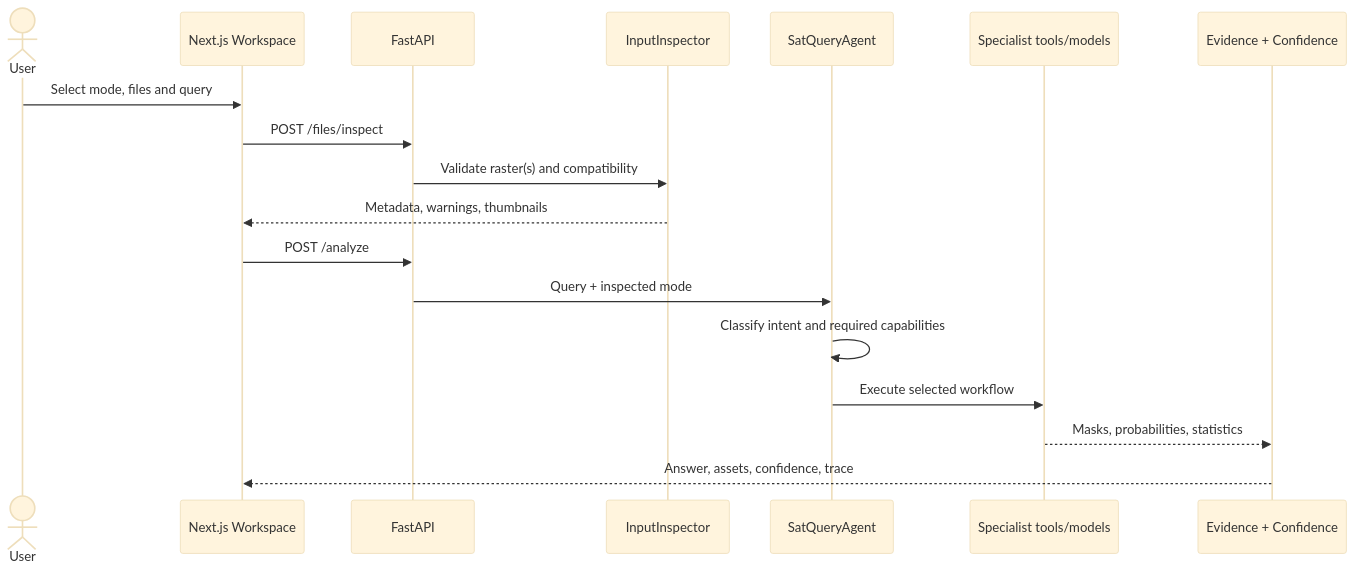
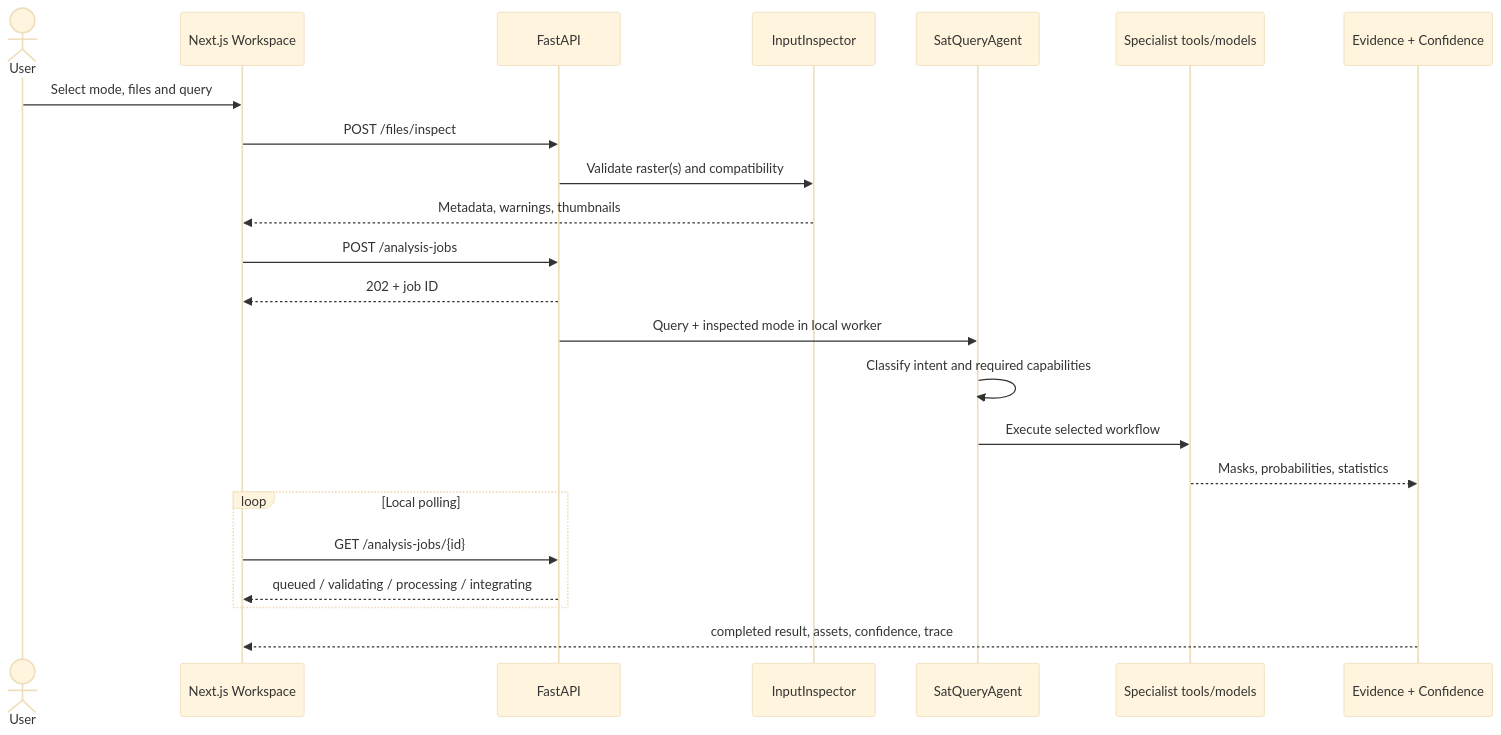
Before and after one commit to samsonjayaraju/SatQuery_AI: the first of 2 diagrams in docs/architecture.md, drawn with Mermaid (base theme). The commit also changed other lines of this file and 42 other files, not shown here.

````diff
--- a/docs/architecture.md
+++ b/docs/architecture.md
@@ -7,20 +7,25 @@
 ```mermaid
 sequenceDiagram
     actor User
     participant Web as Next.js Workspace
     participant API as FastAPI
     participant Inspector as InputInspector
     participant Agent as SatQueryAgent
     participant Specialists as Specialist tools/models
     participant Evidence as Evidence + Confidence
     User->>Web: Select mode, files and query
     Web->>API: POST /files/inspect
     API->>Inspector: Validate raster(s) and compatibility
     Inspector-->>Web: Metadata, warnings, thumbnails
-    Web->>API: POST /analyze
-    API->>Agent: Query + inspected mode
+    Web->>API: POST /analysis-jobs
+    API-->>Web: 202 + job ID
+    API->>Agent: Query + inspected mode in local worker
     Agent->>Agent: Classify intent and required capabilities
     Agent->>Specialists: Execute selected workflow
     Specialists-->>Evidence: Masks, probabilities, statistics
-    Evidence-->>Web: Answer, assets, confidence, trace
+    loop Local polling
+        Web->>API: GET /analysis-jobs/{id}
+        API-->>Web: queued / validating / processing / integrating
+    end
+    Evidence-->>Web: completed result, assets, confidence, trace
 ```
````
